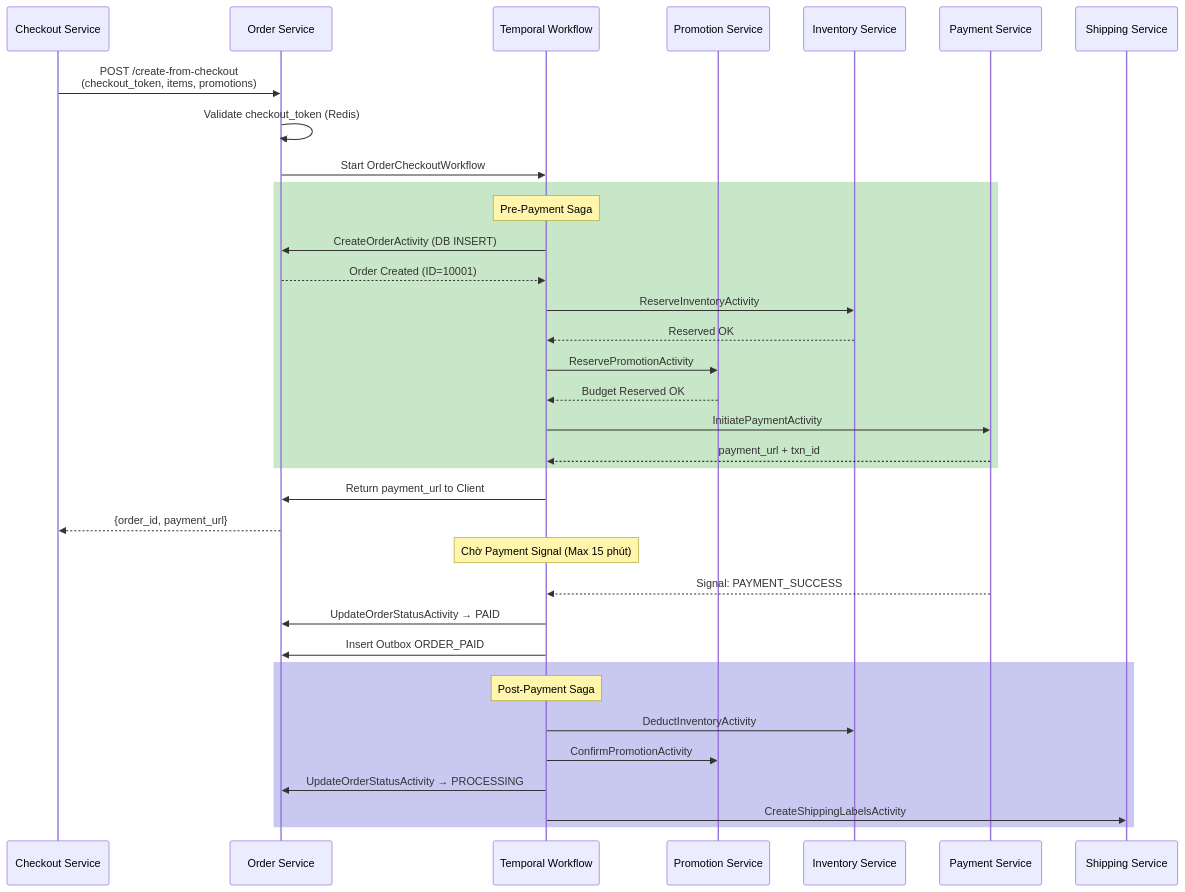
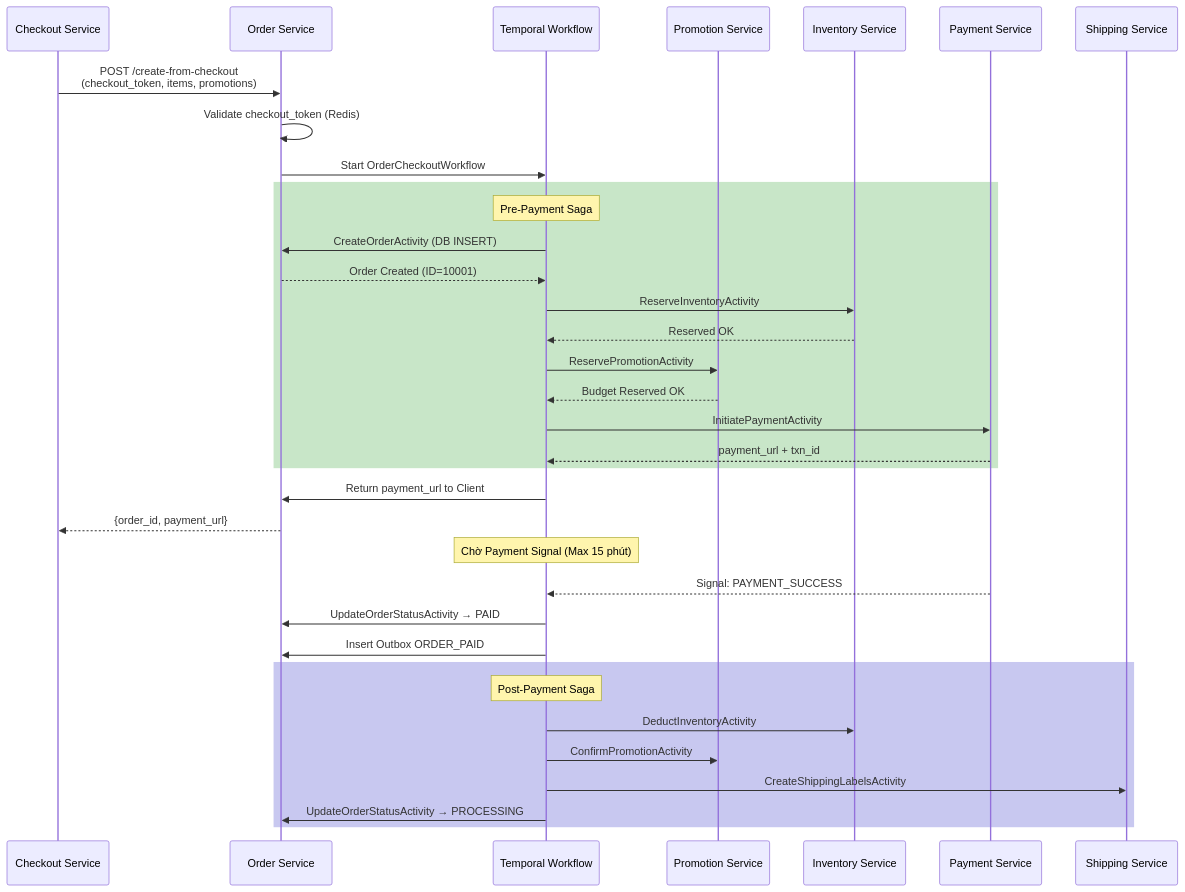
The diagram in docs/order/order_workflow.md (quangdung2110/e-commerce-microservices), drawn with Mermaid before and after one commit. The commit also changed other lines of this file and 85 other files, not shown here.

````diff
--- a/docs/order/order_workflow.md
+++ b/docs/order/order_workflow.md
@@ -198,42 +197,42 @@
 ```mermaid
 sequenceDiagram
     participant CK as Checkout Service
     participant OS as Order Service
     participant TW as Temporal Workflow
     participant PM as Promotion Service
     participant IV as Inventory Service
     participant PY as Payment Service
     participant SH as Shipping Service
 
     CK->>OS: POST /create-from-checkout<br>(checkout_token, items, promotions)
     OS->>OS: Validate checkout_token (Redis)
     OS->>TW: Start OrderCheckoutWorkflow
 
     rect rgb(200, 230, 200)
     Note over TW: Pre-Payment Saga
     TW->>OS: CreateOrderActivity (DB INSERT)
     OS-->>TW: Order Created (ID=10001)
    TW->>IV: ReserveInventoryActivity
    IV-->>TW: Reserved OK
    TW->>PM: ReservePromotionActivity
    PM-->>TW: Budget Reserved OK
     TW->>PY: InitiatePaymentActivity
     PY-->>TW: payment_url + txn_id
     end
 
     TW->>OS: Return payment_url to Client
     OS-->>CK: {order_id, payment_url}
 
     Note over TW: Chờ Payment Signal (Max 15 phút)
     PY-->>TW: Signal: PAYMENT_SUCCESS
    TW->>OS: UpdateOrderStatusActivity → PAID
    TW->>OS: Insert Outbox ORDER_PAID
 
     rect rgb(200, 200, 240)
     Note over TW: Post-Payment Saga
     TW->>IV: DeductInventoryActivity
     TW->>PM: ConfirmPromotionActivity
-    TW->>OS: UpdateOrderStatusActivity → PROCESSING
    TW->>SH: CreateShippingLabelsActivity
+   TW->>OS: UpdateOrderStatusActivity → PROCESSING
     end
 ```
````
